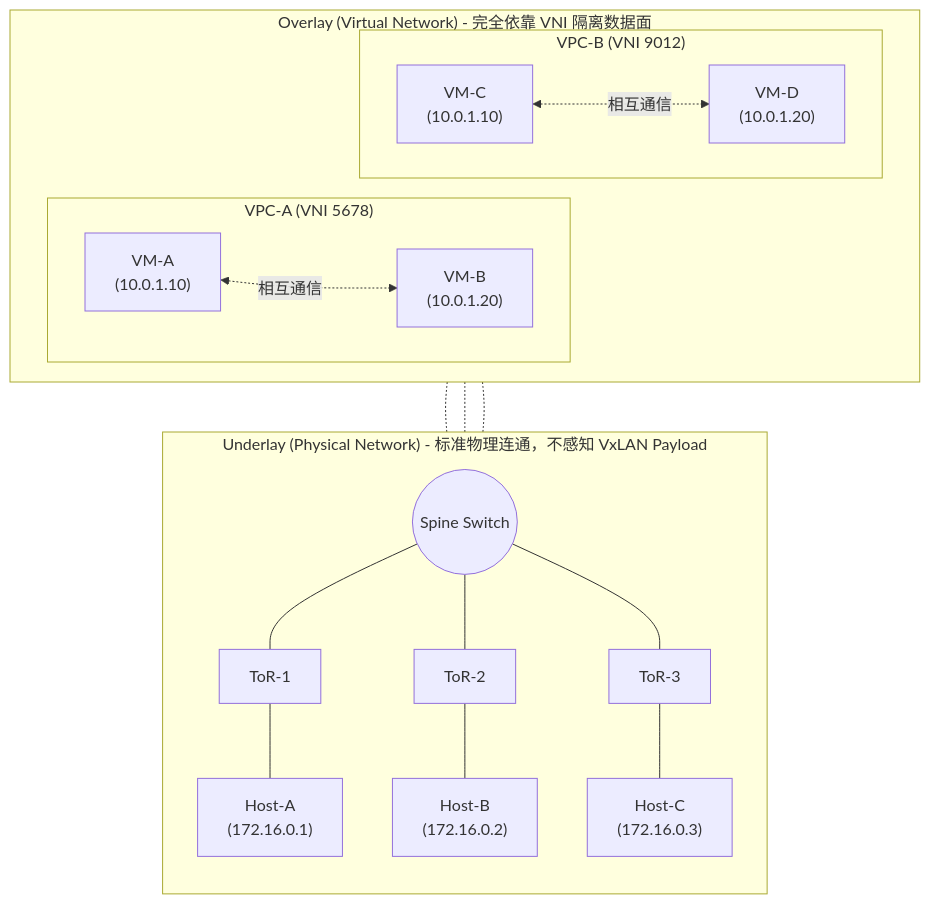
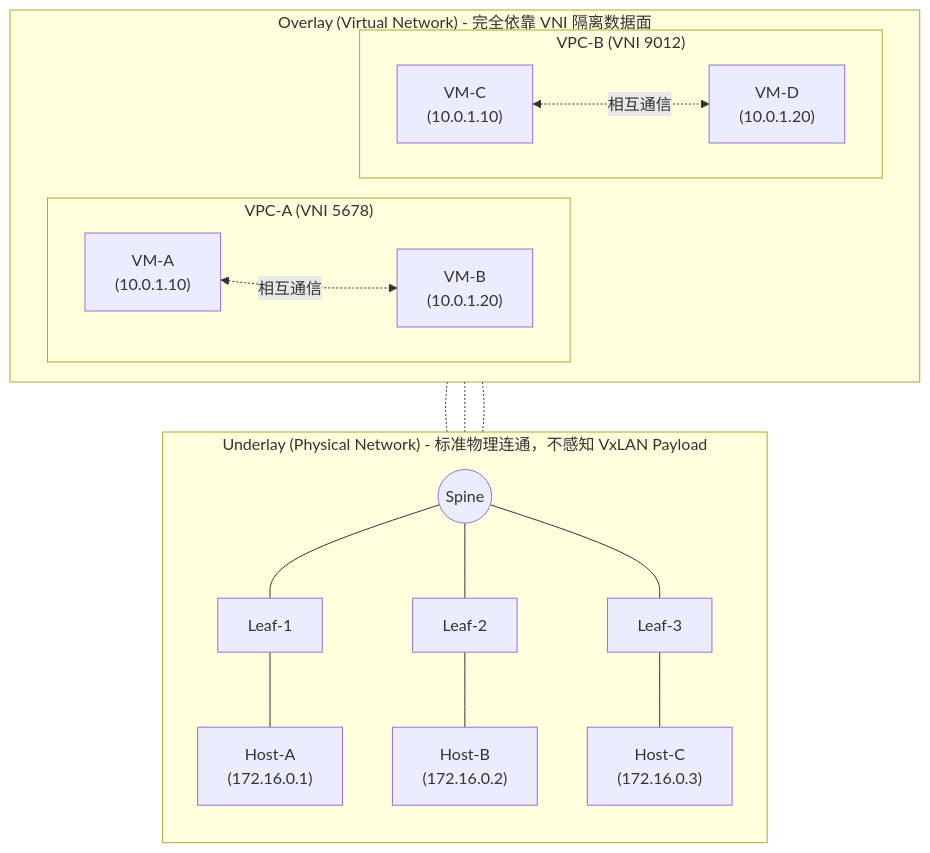
The third of 3 diagrams in docs/08.同一个子网内的通信ARP代答与封包.md (caozhiyi/network-book), drawn with Mermaid before and after one commit. The commit also changed other lines of this file and 77 other files, not shown here.

````diff
--- a/docs/08.同一个子网内的通信ARP代答与封包.md
+++ b/docs/08.同一个子网内的通信ARP代答与封包.md
@@ -213,38 +205,38 @@
 ```mermaid
 flowchart TB
     subgraph Overlay ["Overlay (Virtual Network) - 完全依靠 VNI 隔离数据面"]
         direction LR
         subgraph VPC_A ["VPC-A (VNI 5678)"]
             VMA["VM-A<br/>(10.0.1.10)"] <-. "相互通信" .-> VMB["VM-B<br/>(10.0.1.20)"]
         end
         subgraph VPC_B ["VPC-B (VNI 9012)"]
             VMC["VM-C<br/>(10.0.1.10)"] <-. "相互通信" .-> VMD["VM-D<br/>(10.0.1.20)"]
         end
         VPC_A ~~~ VPC_B
     end
 
     subgraph Underlay ["Underlay (Physical Network) - 标准物理连通，不感知 VxLAN Payload"]
         direction TB
-        Spine(("Spine Switch"))
-        ToR1["ToR-1"]
-        ToR2["ToR-2"]
-        ToR3["ToR-3"]
+        Spine(("Spine"))
+        Leaf1["Leaf-1"]
+        Leaf2["Leaf-2"]
+        Leaf3["Leaf-3"]
 
-        Spine --- ToR1
-        Spine --- ToR2
-        Spine --- ToR3
+        Spine --- Leaf1
+        Spine --- Leaf2
+        Spine --- Leaf3
 
         HostA["Host-A<br/>(172.16.0.1)"]
         HostB["Host-B<br/>(172.16.0.2)"]
         HostC["Host-C<br/>(172.16.0.3)"]
 
-        ToR1 --- HostA
-        ToR2 --- HostB
-        ToR3 --- HostC
+        Leaf1 --- HostA
+        Leaf2 --- HostB
+        Leaf3 --- HostC
     end
 
     %% 表示虚机分配在物理机的对应位置
     VMA -.- HostA
     VMB -.- HostB
     VMC -.- HostC
 ```
````
